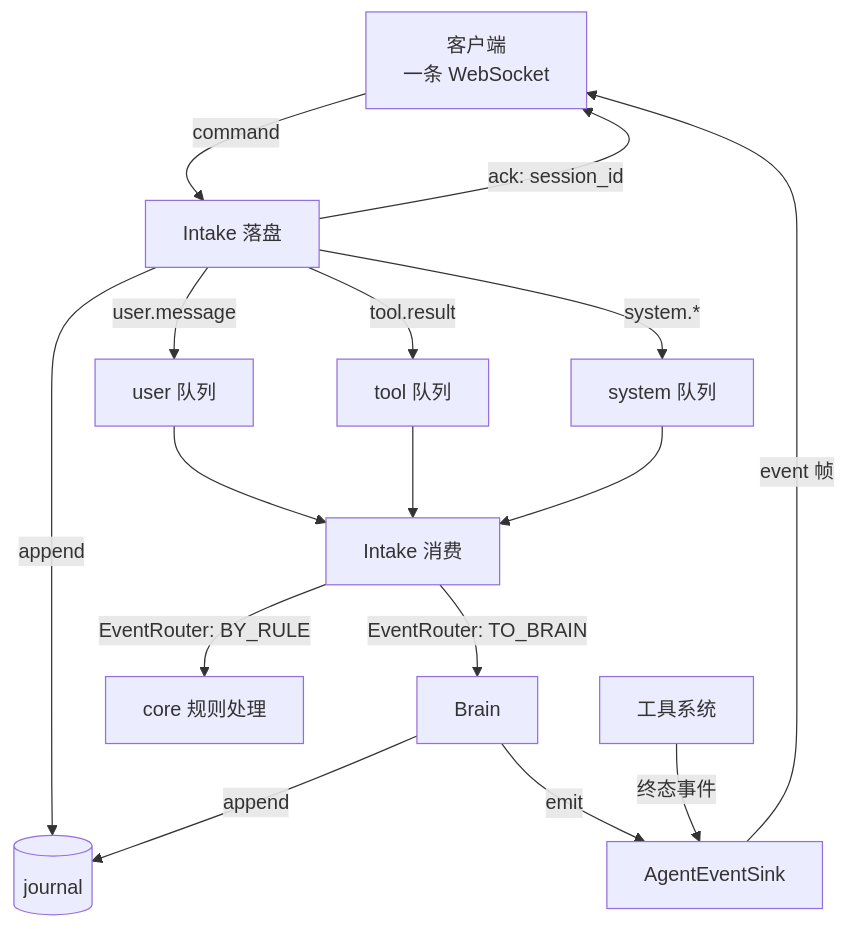
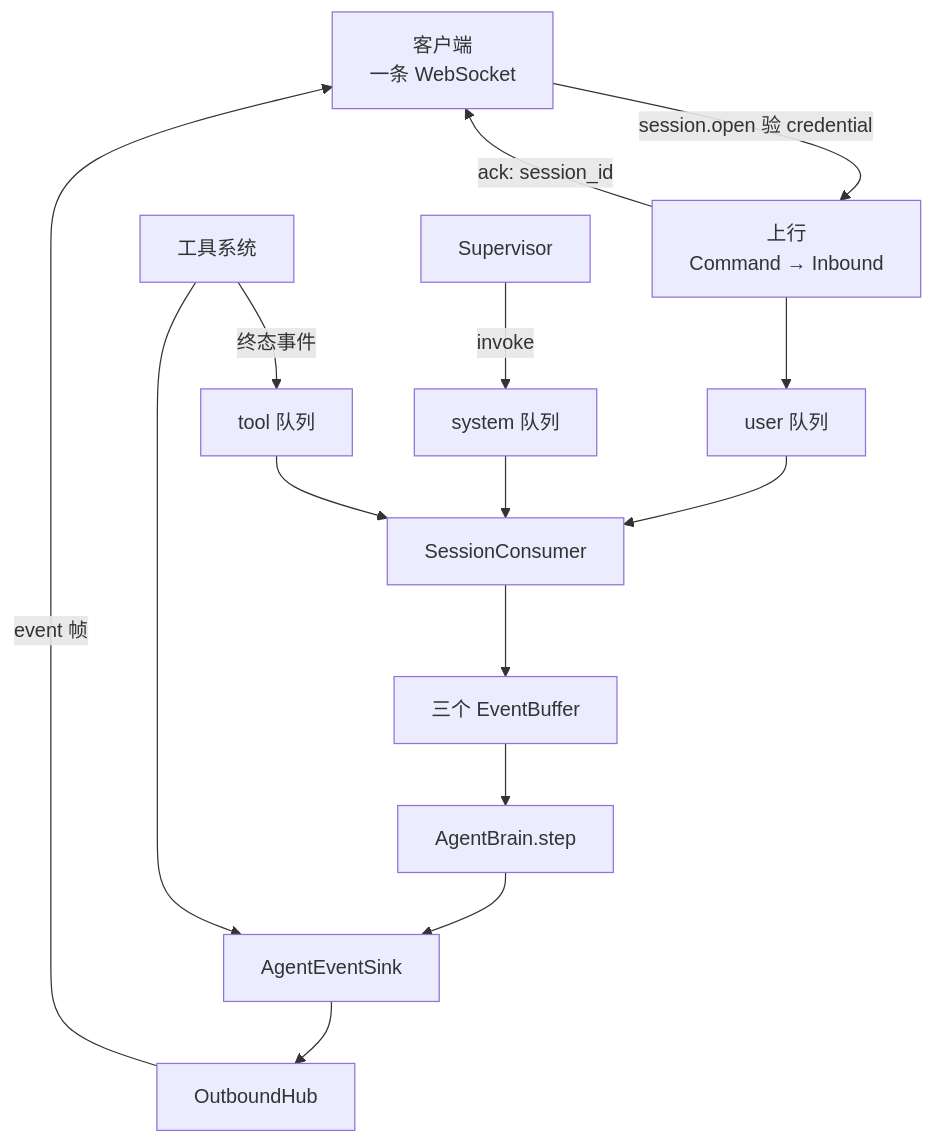
One commit to HymioSpace/Oath changed the diagram in spec/feature-event-runtime.md. Above: the diagram before and after it, drawn with Mermaid. The commit also changed other lines of this file and 37 other files, not shown here.

First line of the commit message:
refactor(agent)!: 入站改成 queue → buffer → brain，journal 只由 brain 写

````diff
--- a/spec/feature-event-runtime.md
+++ b/spec/feature-event-runtime.md
@@ -37,18 +36,16 @@
 ```mermaid
 flowchart TD
-    Client[客户端<br/>一条 WebSocket] -->|command| Intake[Intake 落盘]
-    Intake -->|append| Journal[(journal)]
-    Intake -->|ack: session_id| Client
+    Client[客户端<br/>一条 WebSocket] -->|session.open 验 credential| Ws[上行<br/>Command → Inbound]
+    Ws -->|ack: session_id| Client
+    Ws --> QUser[user 队列]
+    Tools[工具系统] -->|终态事件| QTool[tool 队列]
+    Super[Supervisor] -->|invoke| QSystem[system 队列]
+    QUser & QTool & QSystem --> C[SessionConsumer]
+    C --> Buffer[三个 EventBuffer]
+    Buffer --> Brain[AgentBrain.step]
 
-    Intake -->|user.message| QUser[user 队列]
-    Intake -->|tool.result| QTool[tool 队列]
-    Intake -->|system.*| QSystem[system 队列]
-    QUser & QTool & QSystem --> Poll[Intake 消费]
-    Poll -->|EventRouter: TO_BRAIN| Brain[Brain]
-    Poll -->|EventRouter: BY_RULE| Rule[core 规则处理]
-
-    Brain -->|append| Journal
-    Brain -->|emit| Sink[AgentEventSink]
-    ToolSystem[工具系统] -->|终态事件| Sink
-    Sink -->|event 帧| Client
+    Brain --> Sink[AgentEventSink]
+    Tools --> Sink
+    Sink --> Hub[OutboundHub]
+    Hub -->|event 帧| Client
 ```
````
